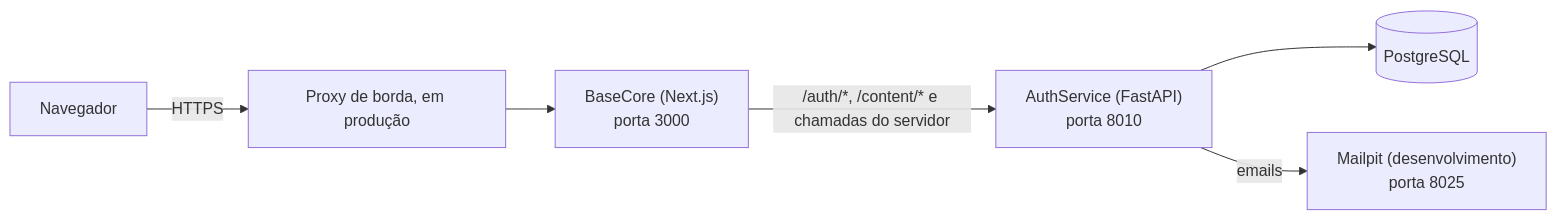
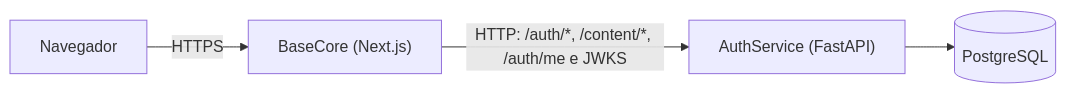
One commit to VictorCardosoOl/Base_de_Conhecimento changed the diagram in README.md. Above: the diagram before and after it, drawn with Mermaid. The commit also changed other lines of this file and 4 other files, not shown here.

````diff
--- a/README.md
+++ b/README.md
@@ -14,8 +37,6 @@
 ```mermaid
 flowchart LR
-    U[Navegador] -->|HTTPS| E[Proxy de borda, em produção]
-    E --> B["BaseCore (Next.js)<br/>porta 3000"]
-    B -->|"/auth/*, /content/* e chamadas do servidor"| A["AuthService (FastAPI)<br/>porta 8010"]
+    U[Navegador] -->|HTTPS| B["BaseCore (Next.js)"]
+    B -->|"HTTP: /auth/*, /content/*, /auth/me e JWKS"| A["AuthService (FastAPI)"]
     A --> D[(PostgreSQL)]
-    A -->|emails| M["Mailpit (desenvolvimento)<br/>porta 8025"]
 ```
````
